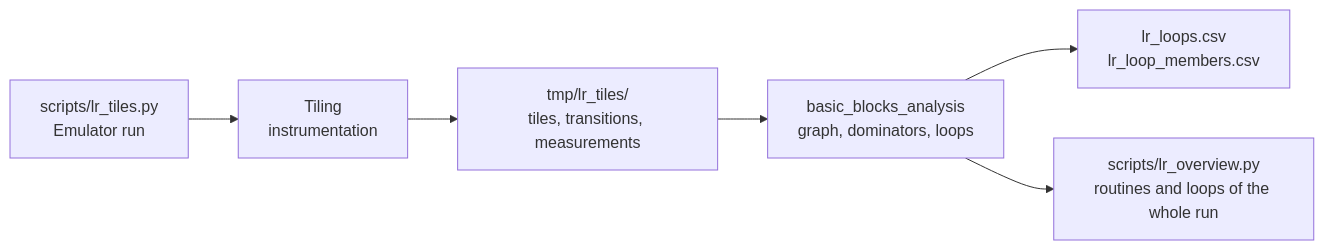
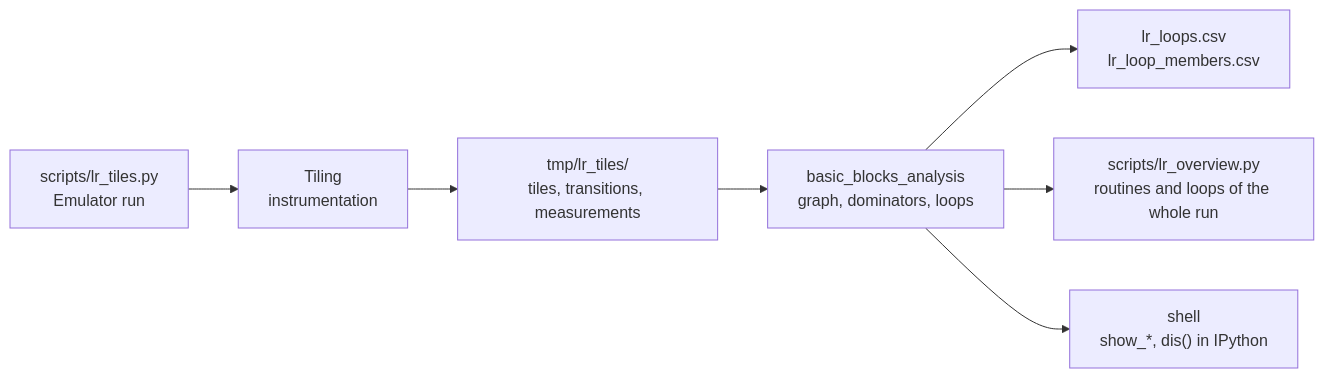
Before and after one commit to fschuhi/papple2: the fourth of 4 diagrams in README.md, drawn with Mermaid. The commit also changed other lines of this file, not shown here.

Commit message:
README.md: shell, walkthrough, lr_basic_blocks_analysis; half-open ranges; three settled decisions

````diff
--- a/README.md
+++ b/README.md
@@ -160,8 +162,9 @@
 ```mermaid
 graph LR
     RUN["scripts/lr_tiles.py<br/>Emulator run"] --> TILING["Tiling<br/>instrumentation"]
     TILING --> REPORTS["tmp/lr_tiles/<br/>tiles, transitions, measurements"]
     REPORTS --> BBA["basic_blocks_analysis<br/>graph, dominators, loops"]
     BBA --> LOOPS["lr_loops.csv<br/>lr_loop_members.csv"]
     BBA --> OVERVIEW["scripts/lr_overview.py<br/>routines and loops of the whole run"]
+    BBA --> SHELL["shell<br/>show_*, dis() in IPython"]
 ```
````
